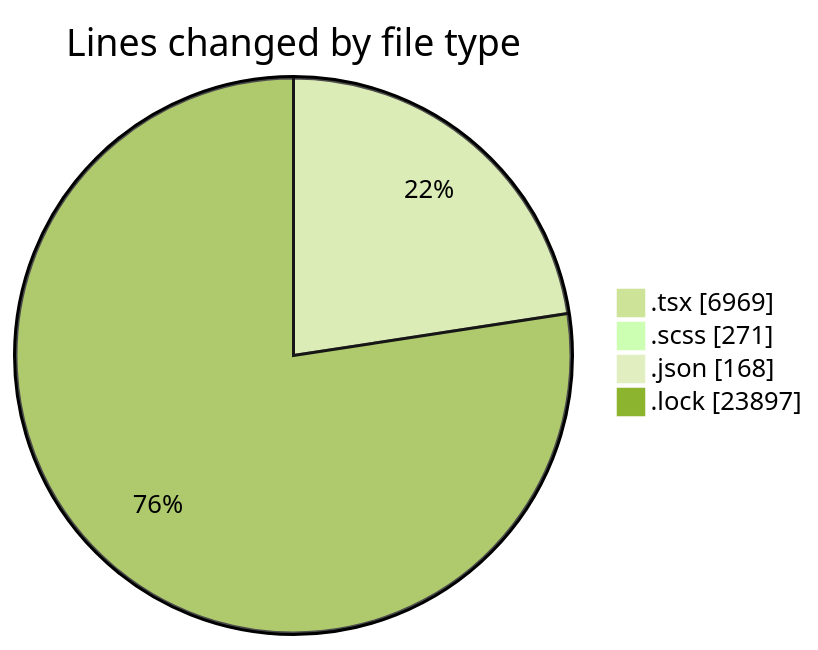
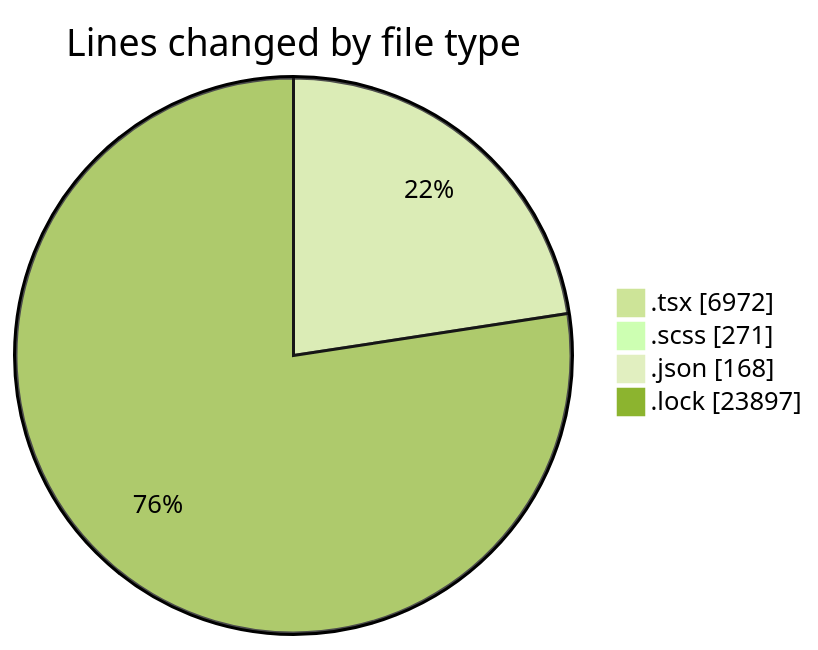
Before and after one commit to momahboobian/code-tracking: the first of 2 diagrams in 2025-11-18/cda/README.md, drawn with Mermaid (forest theme). The commit also changed other lines of this file and 1 other file, not shown here.

````diff
--- a/2025-11-18/cda/README.md
+++ b/2025-11-18/cda/README.md
@@ -34,8 +34,8 @@
 ```mermaid
 pie showData
 title Lines changed by file type
-".tsx" : 6969
+".tsx" : 6972
 ".scss" : 271
 ".json" : 168
 ".lock" : 23897
 ```
````
